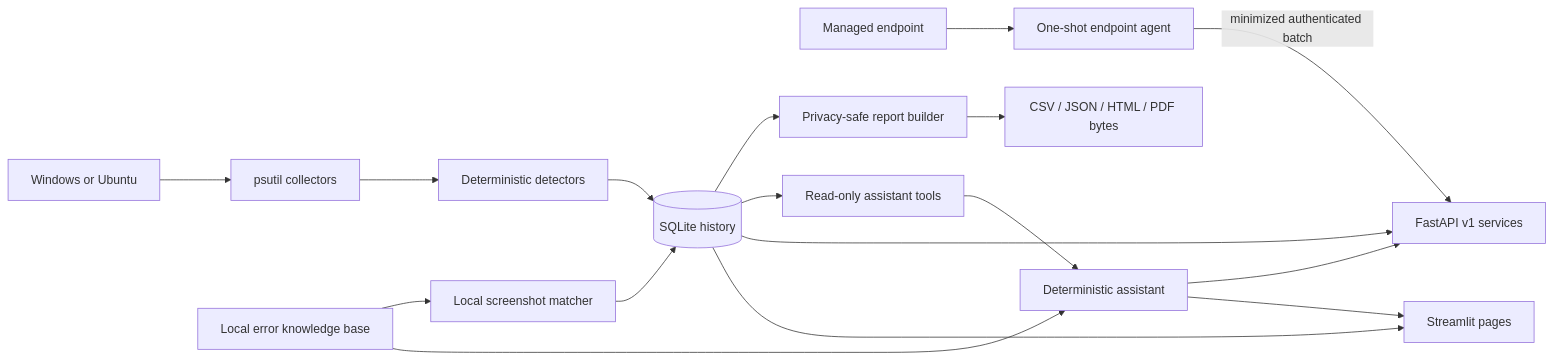
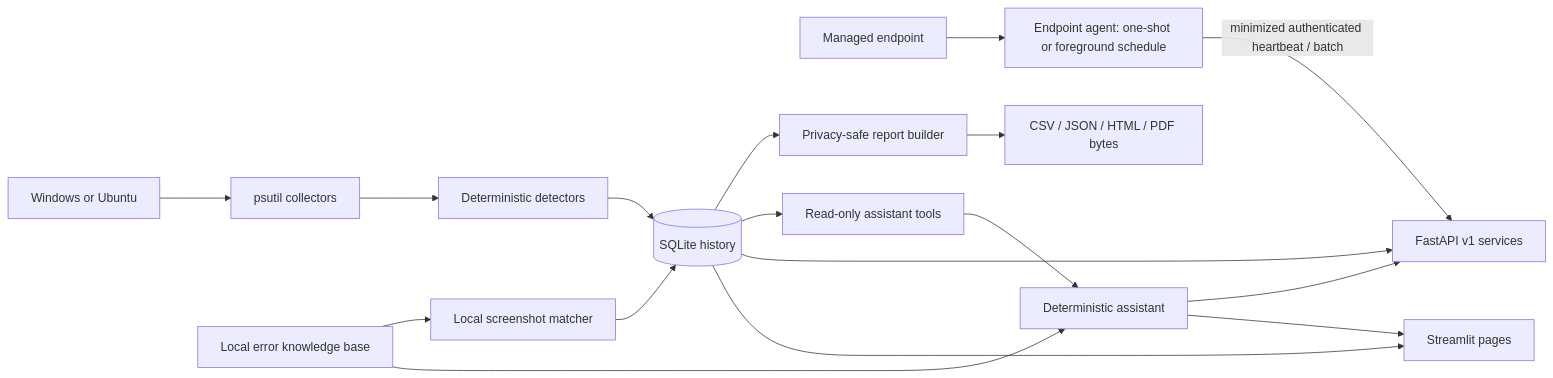
Before and after one commit to jahid-cr7/FixMateAI: the first of 7 diagrams in fixmate-ai/docs/ARCHITECTURE.md, drawn with Mermaid. The commit also changed other lines of this file and 45 other files, not shown here.

````diff
--- a/fixmate-ai/docs/ARCHITECTURE.md
+++ b/fixmate-ai/docs/ARCHITECTURE.md
@@ -7,19 +7,19 @@
 ```mermaid
 flowchart LR
     OS["Windows or Ubuntu"] --> C["psutil collectors"]
-    Remote["Managed endpoint"] --> Agent["One-shot endpoint agent"]
-    Agent -->|"minimized authenticated batch"| API
+    Remote["Managed endpoint"] --> Agent["Endpoint agent: one-shot or foreground schedule"]
+    Agent -->|"minimized authenticated heartbeat / batch"| API
     C --> D["Deterministic detectors"]
     D --> DB[("SQLite history")]
     DB --> UI["Streamlit pages"]
     DB --> API["FastAPI v1 services"]
     DB --> A["Read-only assistant tools"]
     A --> DA["Deterministic assistant"]
     DA --> UI
     DA --> API
     DB --> R["Privacy-safe report builder"]
     R --> E["CSV / JSON / HTML / PDF bytes"]
     KB["Local error knowledge base"] --> DA
     KB --> OCR["Local screenshot matcher"]
     OCR --> DB
 ```
````
